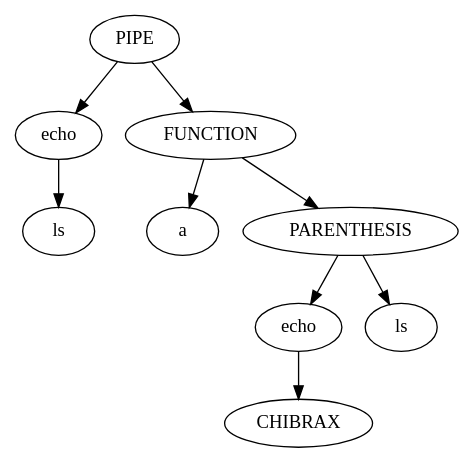
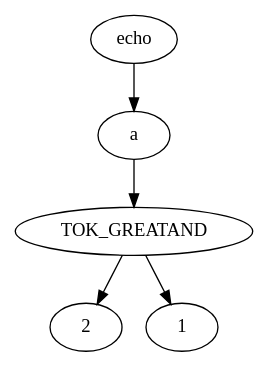
The diagram in ast.dot (TristanBilot/42sh), drawn with Graphviz before and after one commit. The commit also changed 9 other files, not shown here.

```diff
--- a/ast.dot
+++ b/ast.dot
@@ -1,19 +1,11 @@
 digraph AST {
-	node_0x7f8eb7401960 [label=PIPE];
-	node_0x7f8eb74019a0 [label=echo];
-	node_0x7f8eb7401960 -> node_0x7f8eb74019a0;
-	node_0x7f8eb74019d0 [label=ls];
-	node_0x7f8eb74019a0 -> node_0x7f8eb74019d0;
-	node_0x7f8eb74026d0 [label=FUNCTION];
-	node_0x7f8eb7401960 -> node_0x7f8eb74026d0;
-	node_0x7f8eb7401fd0 [label=a];
-	node_0x7f8eb74026d0 -> node_0x7f8eb7401fd0;
-	node_0x7f8eb74026f0 [label=PARENTHESIS];
-	node_0x7f8eb74026d0 -> node_0x7f8eb74026f0;
-	node_0x7f8eb7402780 [label=echo];
-	node_0x7f8eb74026f0 -> node_0x7f8eb7402780;
-	node_0x7f8eb74027b0 [label=CHIBRAX];
-	node_0x7f8eb7402780 -> node_0x7f8eb74027b0;
-	node_0x7f8eb7402840 [label=ls];
-	node_0x7f8eb74026f0 -> node_0x7f8eb7402840;
+	node_0x7f9138d000c0 [label=echo];
+	node_0x7f9138d000f0 [label=a];
+	node_0x7f9138d000c0 -> node_0x7f9138d000f0;
+	node_0x7f9138d005e0 [label=TOK_GREATAND];
+	node_0x7f9138d000f0 -> node_0x7f9138d005e0;
+	node_0x7f9138d00430 [label=2];
+	node_0x7f9138d005e0 -> node_0x7f9138d00430;
+	node_0x7f9138d004c0 [label=1];
+	node_0x7f9138d005e0 -> node_0x7f9138d004c0;
 }
```
